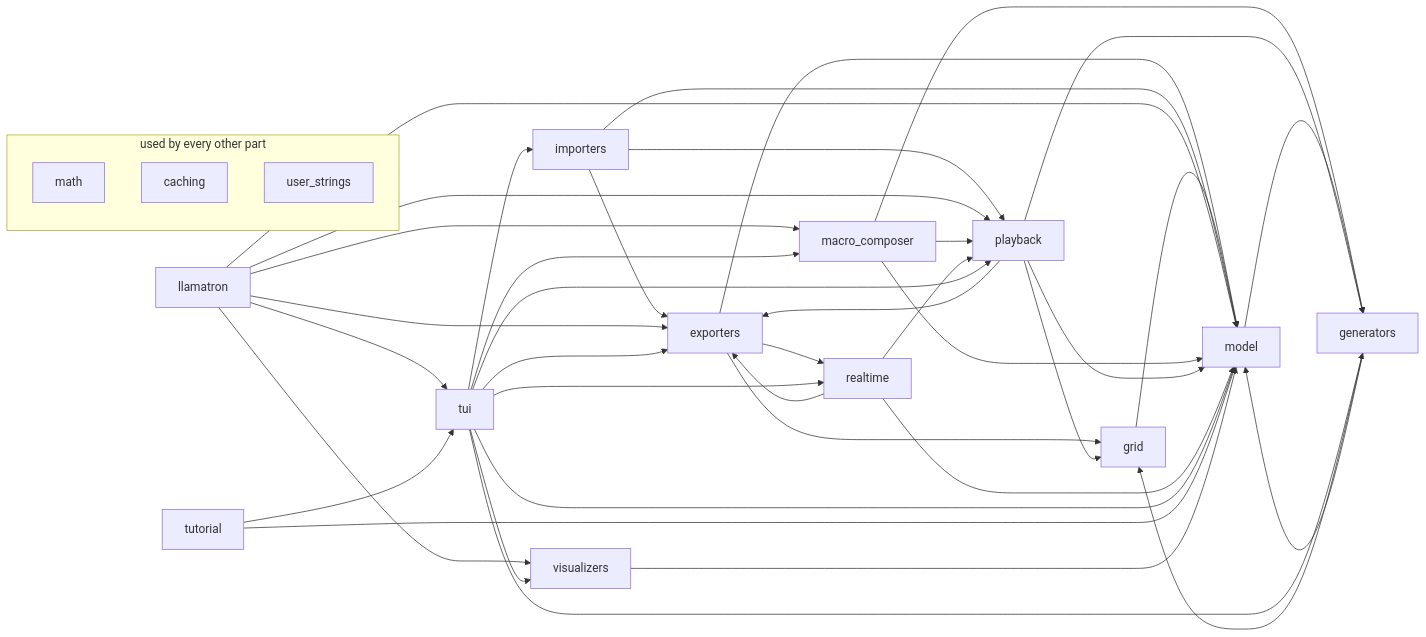
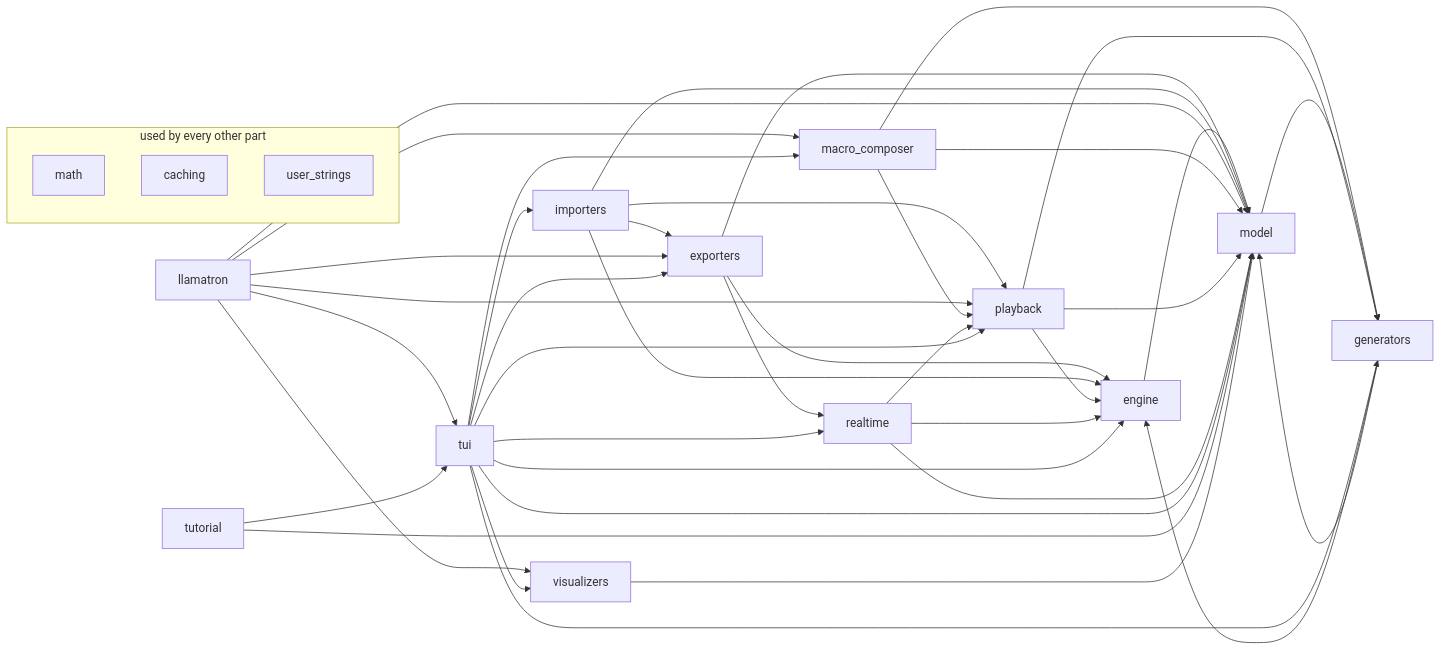
Before and after one commit to mpdehaan/llamatron: the second of 2 diagrams in docs/ARCHITECTURE.md, drawn with Mermaid. The commit also changed other lines of this file and 93 other files, not shown here.

Commit message:
The third step of the subsystem moves: the Engine package holds the finished clips, its Clips part, and their timing in ticks, its Timing part, which the exporters and real-time playback both read; a step of a long process is named with its count in replies.

````diff
--- a/docs/ARCHITECTURE.md
+++ b/docs/ARCHITECTURE.md
@@ -126,57 +126,58 @@
 ```mermaid
 flowchart LR
     tui["tui"]
     llamatron["llamatron"]
     model["model"]
     playback["playback"]
     generators["generators"]
-    grid["grid"]
+    engine["engine"]
     exporters["exporters"]
     importers["importers"]
     macro_composer["macro_composer"]
     realtime["realtime"]
     tutorial["tutorial"]
     visualizers["visualizers"]
     subgraph everywhere ["used by every other part"]
     math["math"]
     caching["caching"]
     user_strings["user_strings"]
     end
-    exporters --> grid
+    engine --> model
+    exporters --> engine
     exporters --> model
     exporters --> realtime
-    generators --> grid
+    generators --> engine
     generators --> model
-    grid --> model
+    importers --> engine
     importers --> exporters
     importers --> model
     importers --> playback
     llamatron --> exporters
     llamatron --> macro_composer
     llamatron --> model
     llamatron --> playback
     llamatron --> tui
     llamatron --> visualizers
     macro_composer --> generators
     macro_composer --> model
     macro_composer --> playback
     model --> generators
-    playback --> exporters
+    playback --> engine
     playback --> generators
-    playback --> grid
     playback --> model
-    realtime --> exporters
+    realtime --> engine
     realtime --> model
     realtime --> playback
+    tui --> engine
     tui --> exporters
     tui --> generators
     tui --> importers
     tui --> macro_composer
     tui --> model
     tui --> playback
     tui --> realtime
     tui --> visualizers
     tutorial --> model
     tutorial --> tui
     visualizers --> model
 ```
````
